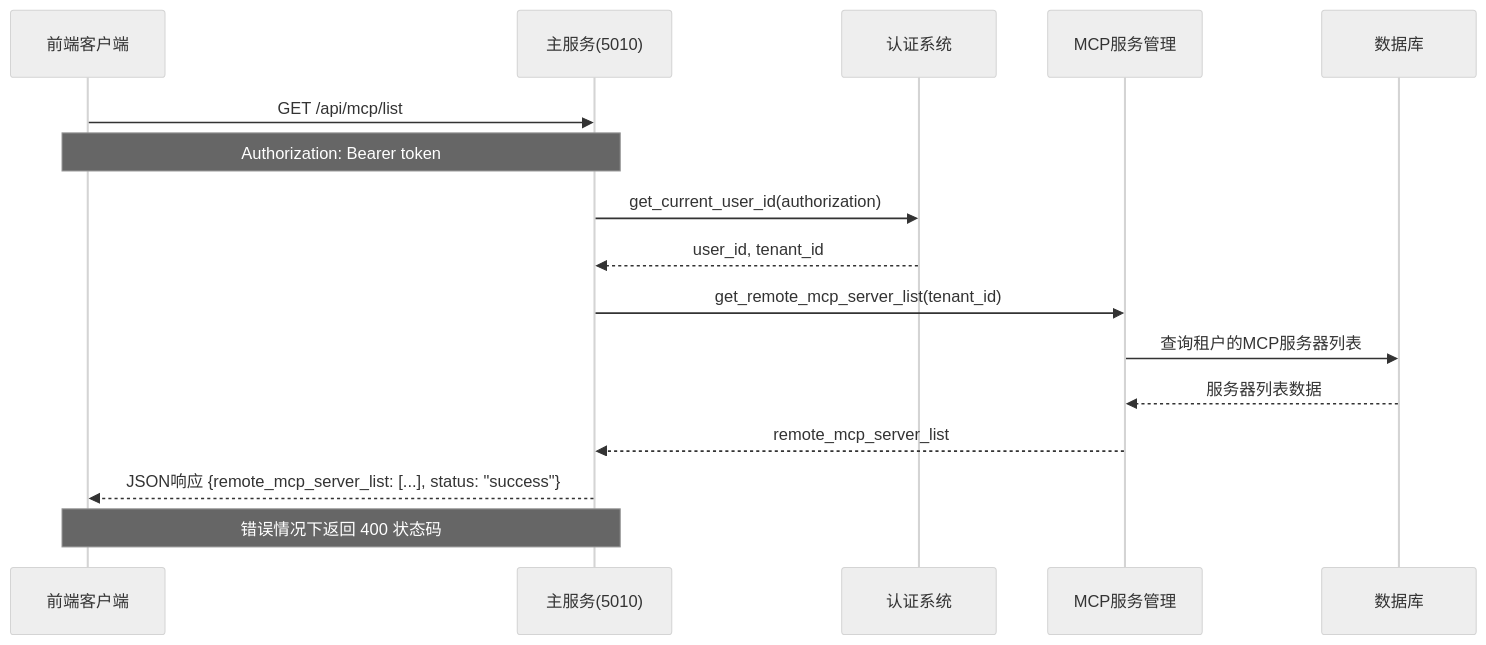
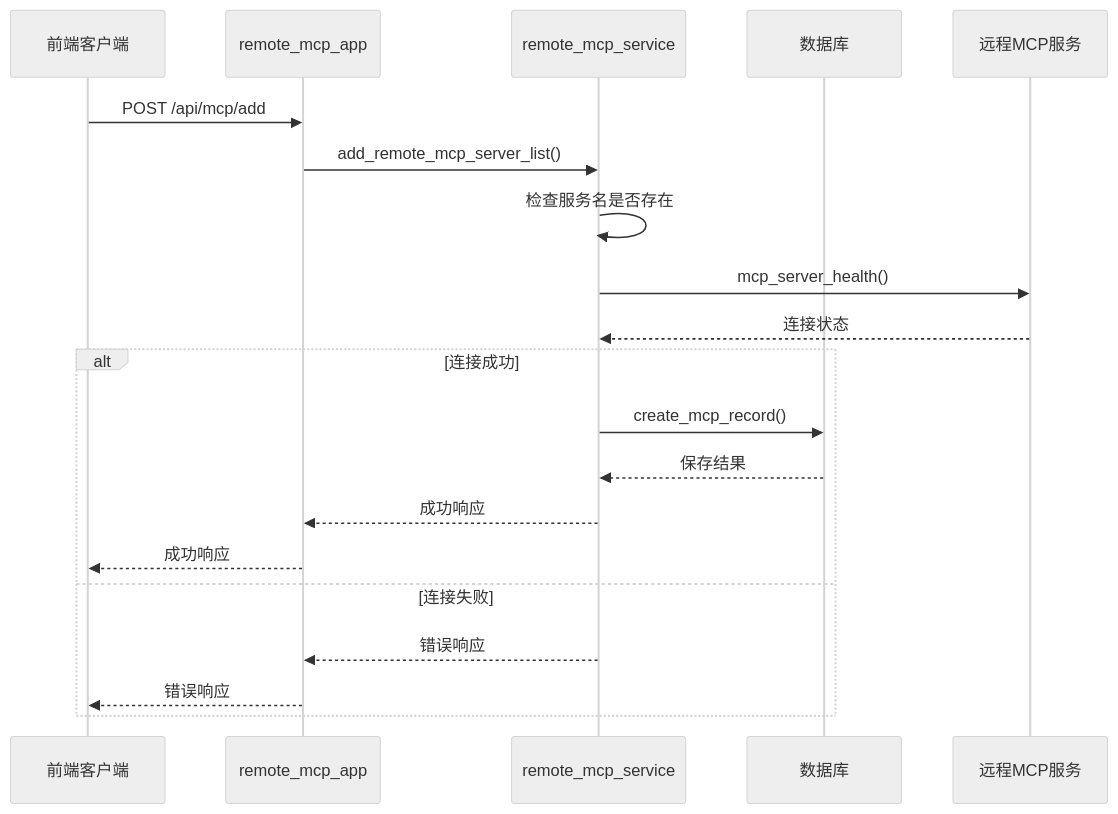
Before and after one commit to lim12137/clash-web: the second of 3 diagrams in doc/docs/zh/backend/tools/mcp.md, drawn with Mermaid (neutral theme). The commit also changed other lines of this file, not shown here.

Commit message:
📝 update mcp doc

````diff
--- a/doc/docs/zh/backend/tools/mcp.md
+++ b/doc/docs/zh/backend/tools/mcp.md
@@ -366,23 +204,23 @@
 ```mermaid
 sequenceDiagram
     participant C as 前端客户端
-    participant M as 主服务(5010)
-    participant A as 认证系统
-    participant S as MCP服务管理
+    participant A as remote_mcp_app
+    participant S as remote_mcp_service
     participant DB as 数据库
+    participant MCP as 远程MCP服务
 
-    C->>M: GET /api/mcp/list
-    Note over C,M: Authorization: Bearer token
-    
-    M->>A: get_current_user_id(authorization)
-    A-->>M: user_id, tenant_id
-    
-    M->>S: get_remote_mcp_server_list(tenant_id)
-    S->>DB: 查询租户的MCP服务器列表
-    DB-->>S: 服务器列表数据
-    S-->>M: remote_mcp_server_list
-    
-    M-->>C: JSON响应 {remote_mcp_server_list: [...], status: "success"}
-    
-    Note over M,C: 错误情况下返回 400 状态码
+    C->>A: POST /api/mcp/add
+    A->>S: add_remote_mcp_server_list()
+    S->>S: 检查服务名是否存在
+    S->>MCP: mcp_server_health()
+    MCP-->>S: 连接状态
+    alt 连接成功
+        S->>DB: create_mcp_record()
+        DB-->>S: 保存结果
+        S-->>A: 成功响应
+        A-->>C: 成功响应
+    else 连接失败
+        S-->>A: 错误响应
+        A-->>C: 错误响应
+    end
 ```
````
